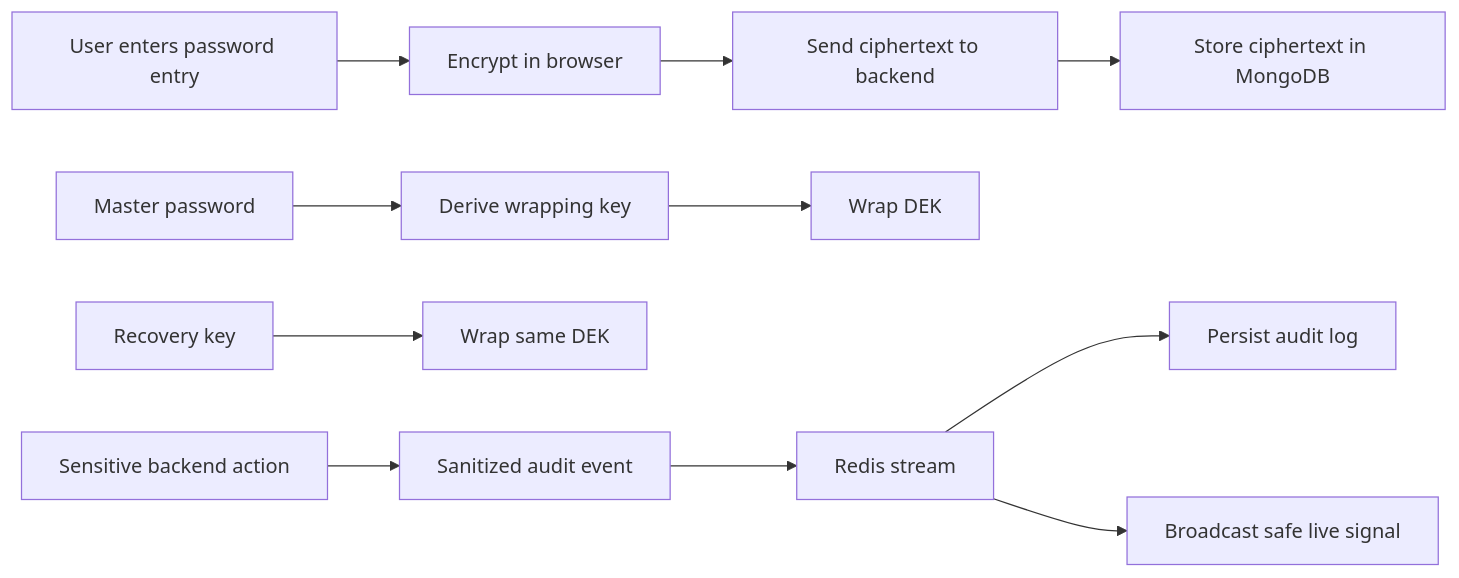
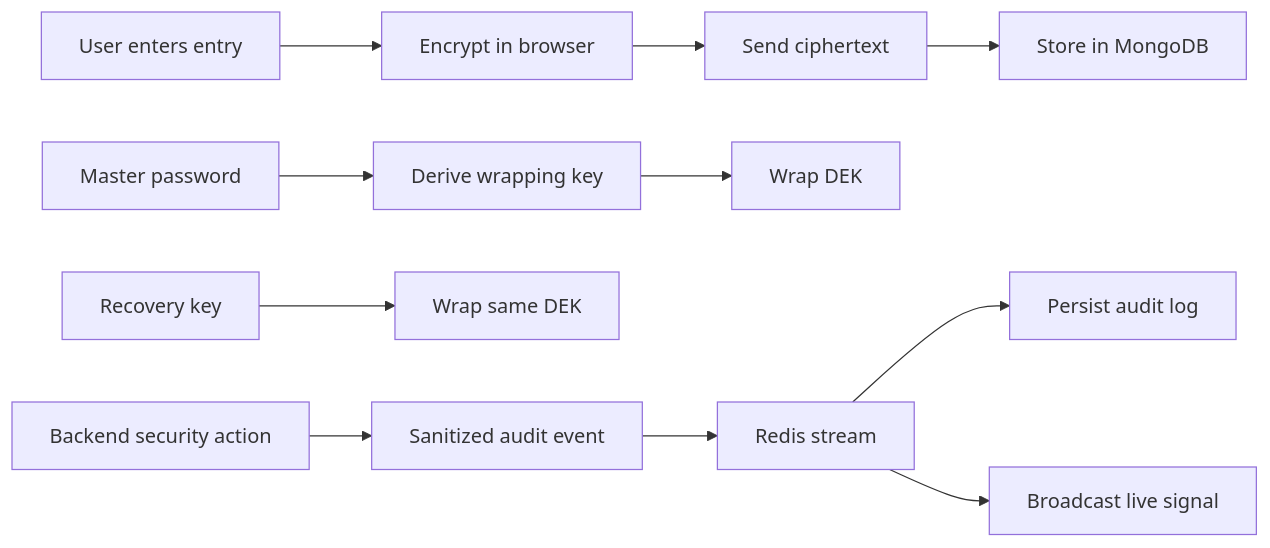
The diagram in README.md (riddhijain1509/Keymate), drawn with Mermaid before and after one commit. The commit also changed 1 other file, not shown here.

````diff
--- a/README.md
+++ b/README.md
@@ -17,15 +17,15 @@
 ```mermaid
-flowchart LR
-  A["User enters password entry"] --> B["Encrypt in browser"]
-  B --> C["Send ciphertext to backend"]
-  C --> D["Store ciphertext in MongoDB"]
+graph LR
+  A[User enters entry] --> B[Encrypt in browser]
+  B --> C[Send ciphertext]
+  C --> D[Store in MongoDB]
 
-  E["Master password"] --> F["Derive wrapping key"]
-  F --> G["Wrap DEK"]
-  H["Recovery key"] --> I["Wrap same DEK"]
+  E[Master password] --> F[Derive wrapping key]
+  F --> G[Wrap DEK]
+  H[Recovery key] --> I[Wrap same DEK]
 
-  J["Sensitive backend action"] --> K["Sanitized audit event"]
-  K --> L["Redis stream"]
-  L --> M["Persist audit log"]
-  L --> N["Broadcast safe live signal"]
+  J[Backend security action] --> K[Sanitized audit event]
+  K --> L[Redis stream]
+  L --> M[Persist audit log]
+  L --> N[Broadcast live signal]
 ```
````
